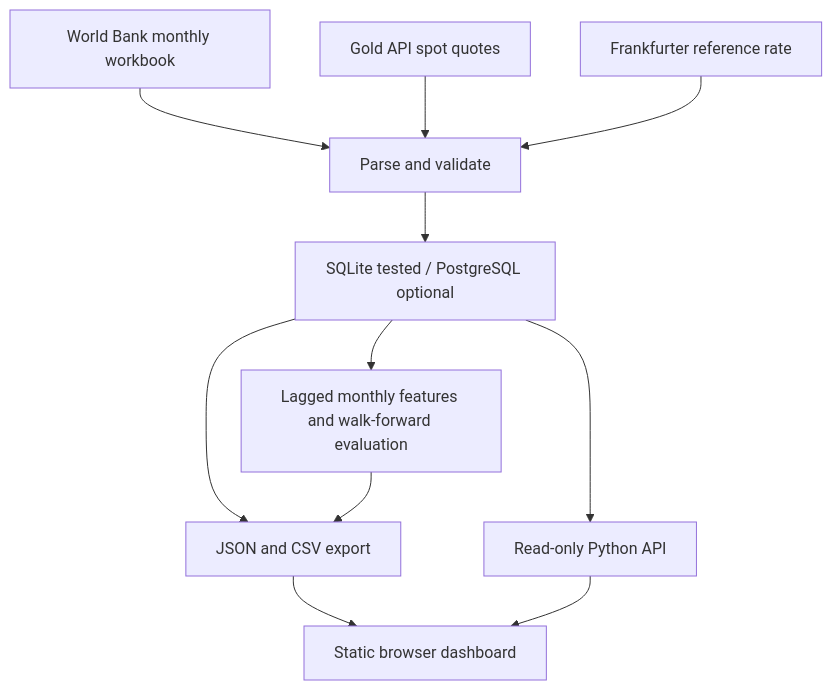
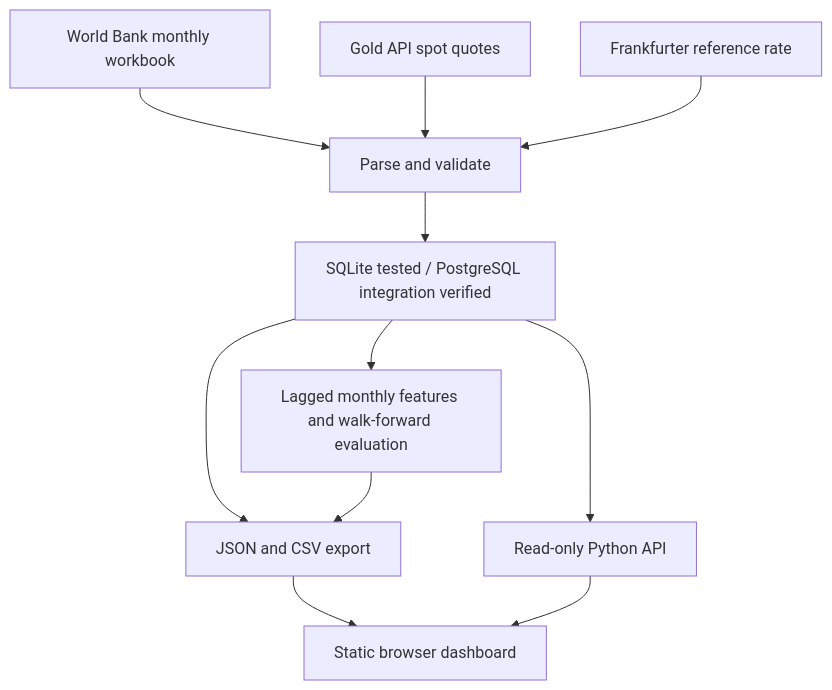
One commit to intasan/gold-trading changed the diagram in docs/ARCHITECTURE.md. Above: the diagram before and after it, drawn with Mermaid. The commit also changed other lines of this file and 25 other files, not shown here.

Commit message:
Publish actual Docker PostgreSQL Airflow evidence, refreshed model research and real section captures

````diff
--- a/docs/ARCHITECTURE.md
+++ b/docs/ARCHITECTURE.md
@@ -5,13 +5,13 @@
 ```mermaid
 flowchart TD
  WB["World Bank monthly workbook"] --> V["Parse and validate"]
  Q["Gold API spot quotes"] --> V
  FX["Frankfurter reference rate"] --> V
- V --> DB["SQLite tested / PostgreSQL optional"]
+ V --> DB["SQLite tested / PostgreSQL integration verified"]
  DB --> M["Lagged monthly features and walk-forward evaluation"]
  DB --> E["JSON and CSV export"]
  M --> E
  E --> UI["Static browser dashboard"]
  DB --> API["Read-only Python API"]
  API --> UI
 ```
````
